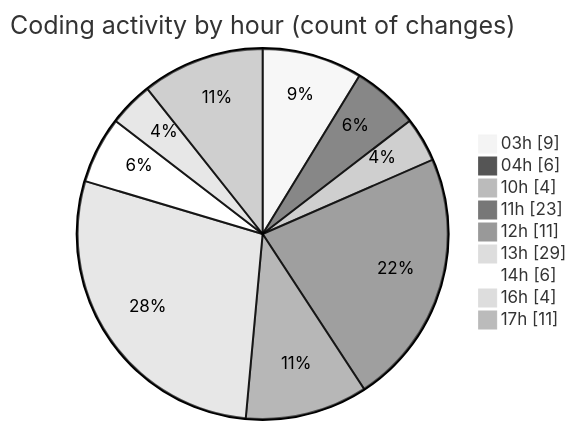
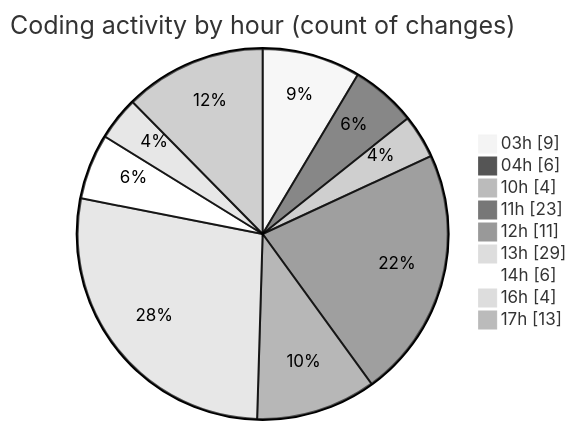
The second of 2 diagrams in 2025-10-30/eventscop-frontend-guide__workspace_/README.md (julien-gomy/code-tracking), drawn with Mermaid (neutral theme) before and after one commit. The commit also changed other lines of this file and 1 other file, not shown here.

````diff
--- a/2025-10-30/eventscop-frontend-guide__workspace_/README.md
+++ b/2025-10-30/eventscop-frontend-guide__workspace_/README.md
@@ -49,13 +49,13 @@
 ```mermaid
 pie showData
 title Coding activity by hour (count of changes)
 "03h" : 9
 "04h" : 6
 "10h" : 4
 "11h" : 23
 "12h" : 11
 "13h" : 29
 "14h" : 6
 "16h" : 4
-"17h" : 11
+"17h" : 13
 ```
````
